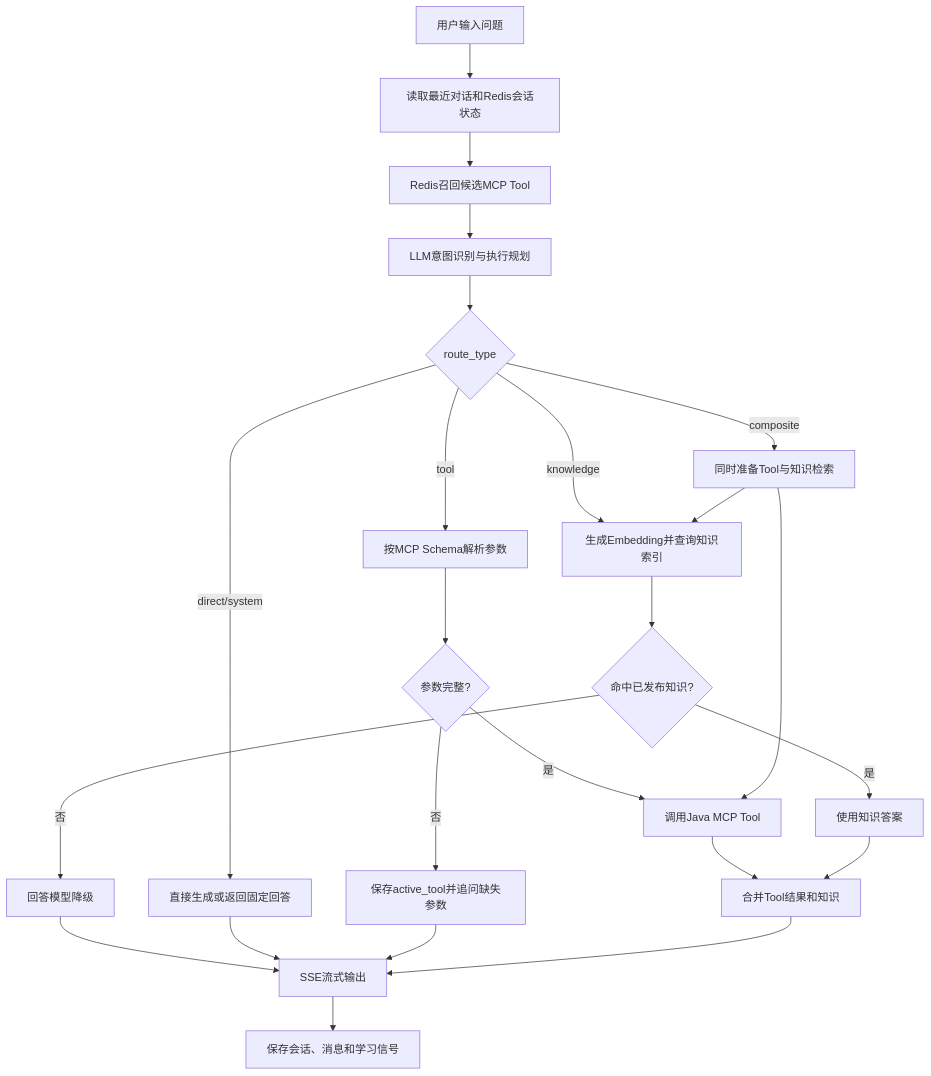
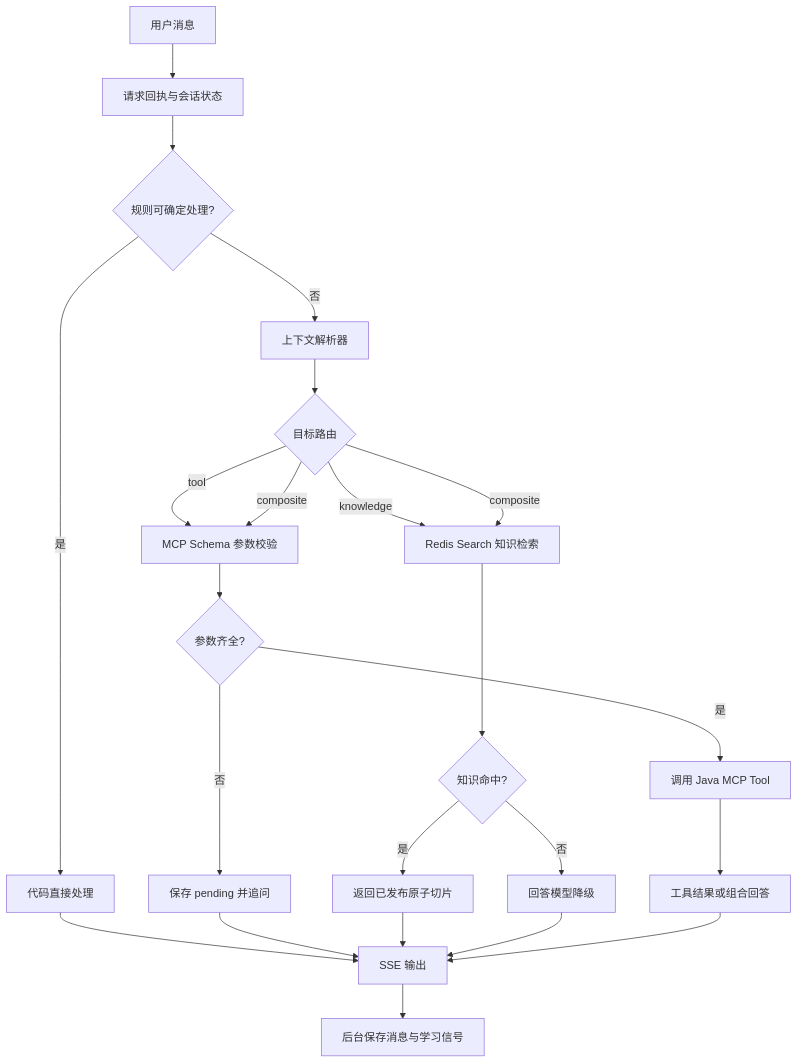
The second of 3 diagrams in README.md (chinz-marx/smart-customer-service), drawn with Mermaid before and after one commit. The commit also changed other lines of this file and 71 other files, not shown here.

````diff
--- a/README.md
+++ b/README.md
@@ -271,31 +46,25 @@
 ```mermaid
 flowchart TD
-    Q[用户输入问题] --> H[读取最近对话和Redis会话状态]
-    H --> T[Redis召回候选MCP Tool]
-    T --> I[LLM意图识别与执行规划]
-    I --> RT{route_type}
-
-    RT -->|direct/system| D[直接生成或返回固定回答]
-    RT -->|knowledge| K[生成Embedding并查询知识索引]
-    RT -->|tool| S[按MCP Schema解析参数]
-    RT -->|composite| BOTH[同时准备Tool与知识检索]
-
-    S --> M{参数完整?}
-    M -->|否| ASK[保存active_tool并追问缺失参数]
-    M -->|是| CALL[调用Java MCP Tool]
-
-    BOTH --> CALL
-    BOTH --> K
-
-    K --> KH{命中已发布知识?}
-    KH -->|是| KA[使用知识答案]
-    KH -->|否| LLM[回答模型降级]
-
-    CALL --> MERGE[合并Tool结果和知识]
-    KA --> MERGE
-    LLM --> OUT[SSE流式输出]
-    D --> OUT
-    ASK --> OUT
-    MERGE --> OUT
-    OUT --> SAVE[保存会话、消息和学习信号]
+    A[用户消息] --> B[请求回执与会话状态]
+    B --> C{规则可确定处理?}
+    C -->|是| D[代码直接处理]
+    C -->|否| E[上下文解析器]
+    E --> F{目标路由}
+    F -->|knowledge| G[Redis Search 知识检索]
+    F -->|tool| H[MCP Schema 参数校验]
+    F -->|composite| G
+    F -->|composite| H
+    H --> I{参数齐全?}
+    I -->|否| J[保存 pending 并追问]
+    I -->|是| K[调用 Java MCP Tool]
+    G --> L{知识命中?}
+    L -->|是| M[返回已发布原子切片]
+    L -->|否| N[回答模型降级]
+    K --> O[工具结果或组合回答]
+    D --> P[SSE 输出]
+    J --> P
+    M --> P
+    N --> P
+    O --> P
+    P --> Q[后台保存消息与学习信号]
 ```
````
